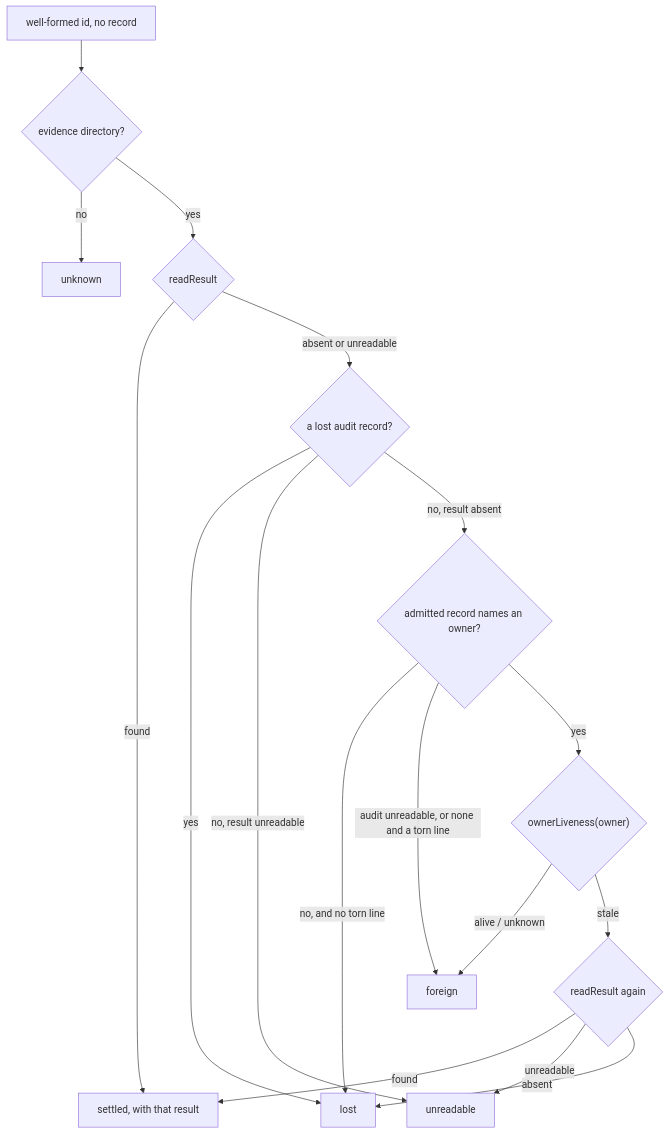
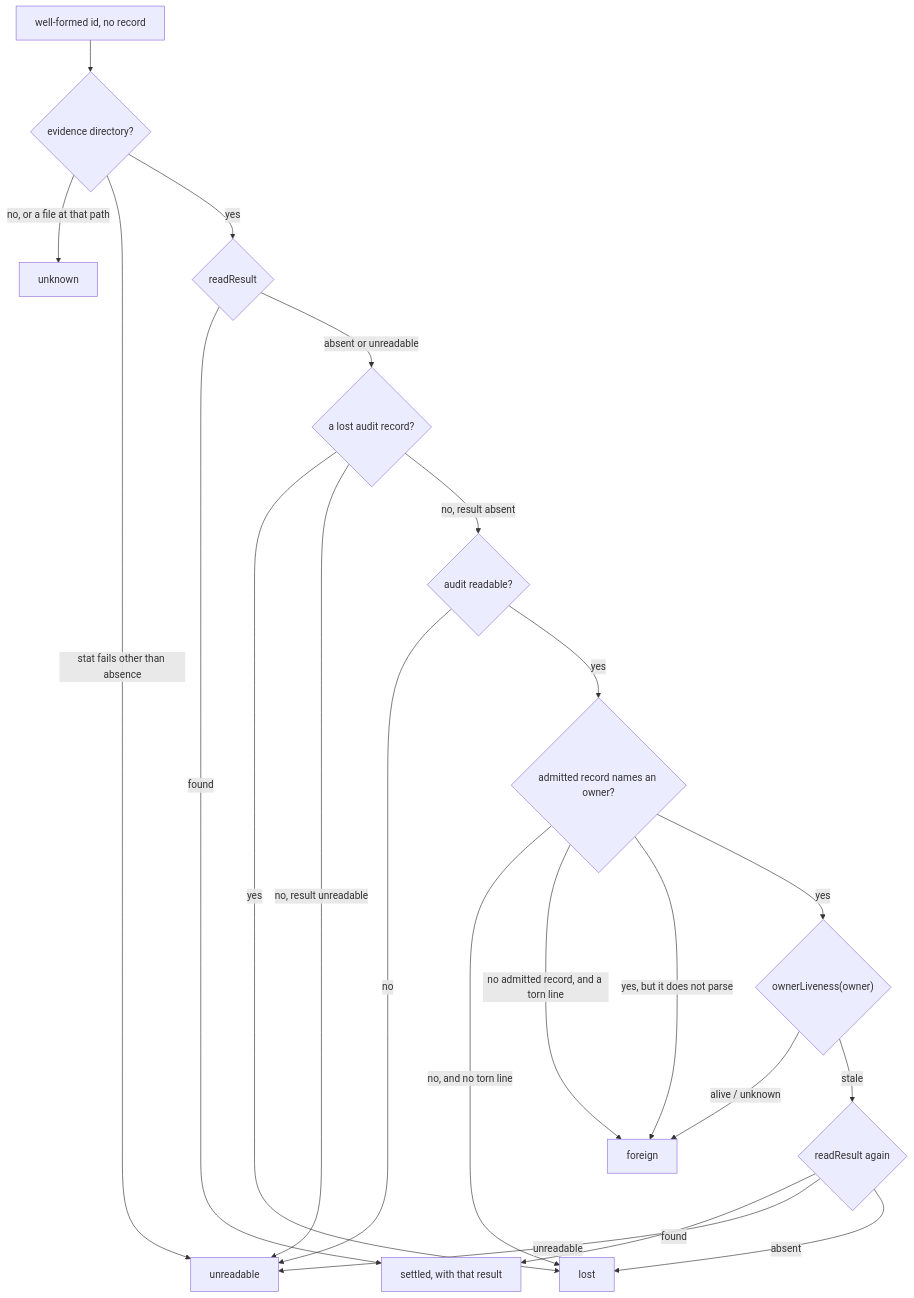
The third of 6 diagrams in .doctrine/slice/004/design.md (davidlee/quotient), drawn with Mermaid before and after one commit. The commit also changed other lines of this file and 12 other files, not shown here.

````diff
--- a/.doctrine/slice/004/design.md
+++ b/.doctrine/slice/004/design.md
@@ -383,19 +383,23 @@
 ```mermaid
 flowchart TD
   id["well-formed id, no record"] --> dir{"evidence directory?"}
-  dir -- no --> unknown["unknown"]
+  dir -- "no, or a file at that path" --> unknown["unknown"]
+  dir -- "stat fails other than absence" --> unreadable["unreadable"]
   dir -- yes --> res{"readResult"}
   res -- found --> settled["settled, with that result"]
   res -- "absent or unreadable" --> lostrec{"a lost audit record?"}
   lostrec -- yes --> lost["lost"]
-  lostrec -- "no, result unreadable" --> unreadable["unreadable"]
-  lostrec -- "no, result absent" --> owner{"admitted record names an owner?"}
+  lostrec -- "no, result unreadable" --> unreadable
+  lostrec -- "no, result absent" --> audit{"audit readable?"}
+  audit -- no --> unreadable
+  audit -- yes --> owner{"admitted record names an owner?"}
   owner -- "no, and no torn line" --> lost
-  owner -- "audit unreadable, or none and a torn line" --> foreign["foreign"]
+  owner -- "no admitted record, and a torn line" --> foreign["foreign"]
+  owner -- "yes, but it does not parse" --> foreign
   owner -- yes --> live{"ownerLiveness(owner)"}
   live -- alive / unknown --> foreign
   live -- stale --> reread{"readResult again"}
   reread -- found --> settled
   reread -- unreadable --> unreadable
   reread -- absent --> lost
 ```
````
